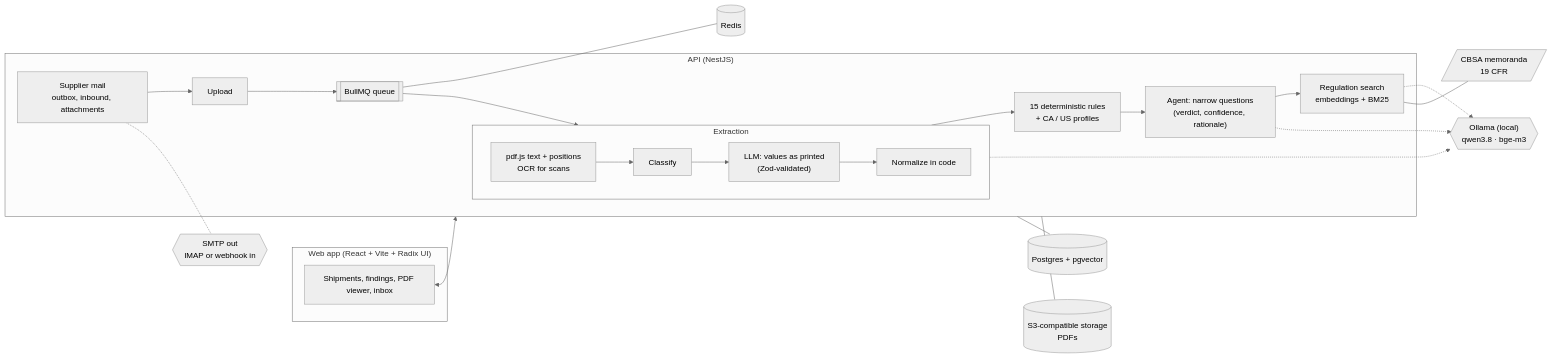
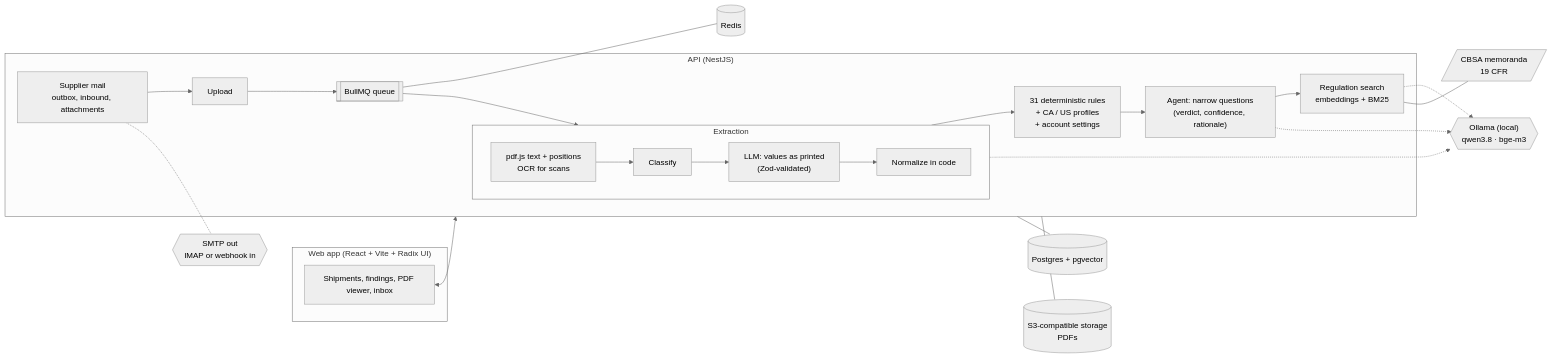
The diagram in README.md (smalbach/doccheck), drawn with Mermaid (neutral theme) before and after one commit. The commit also changed other lines of this file and 74 other files, not shown here.

First line of the commit message:
Add sixteen rules for ports, carriers, ISF, identifiers, capacity, prices and purchase orders, and let each account tune the rules

````diff
--- a/README.md
+++ b/README.md
@@ -77,27 +78,27 @@
 ```mermaid
 flowchart LR
   subgraph Web["Web app (React + Vite + Radix UI)"]
     UI[Shipments, findings, PDF viewer, inbox]
   end
   subgraph API["API (NestJS)"]
     Upload[Upload] --> Queue[[BullMQ queue]]
     Queue --> Extract
     subgraph Extract["Extraction"]
       direction LR
       Parse["pdf.js text + positions<br/>OCR for scans"] --> Classify[Classify] --> LLM["LLM: values as printed<br/>(Zod-validated)"] --> Normalize[Normalize in code]
     end
-    Normalize --> Rules["15 deterministic rules<br/>+ CA / US profiles"]
+    Normalize --> Rules["31 deterministic rules<br/>+ CA / US profiles<br/>+ account settings"]
     Rules --> Agent["Agent: narrow questions<br/>(verdict, confidence, rationale)"]
     Agent --> Cite["Regulation search<br/>embeddings + BM25"]
     Mail["Supplier mail<br/>outbox, inbound, attachments"] --> Upload
   end
   UI <--> API
   API --- PG[(Postgres + pgvector)]
   API --- S3[(S3-compatible storage<br/>PDFs)]
   Queue --- Redis[(Redis)]
   Mail -.- SMTP{{"SMTP out<br/>IMAP or webhook in"}}
   LLM -.-> Ollama{{"Ollama (local)<br/>qwen3.8 · bge-m3"}}
   Agent -.-> Ollama
   Cite -.-> Ollama
   Cite --- Corpus[/"CBSA memoranda<br/>19 CFR"/]
 ```
````
